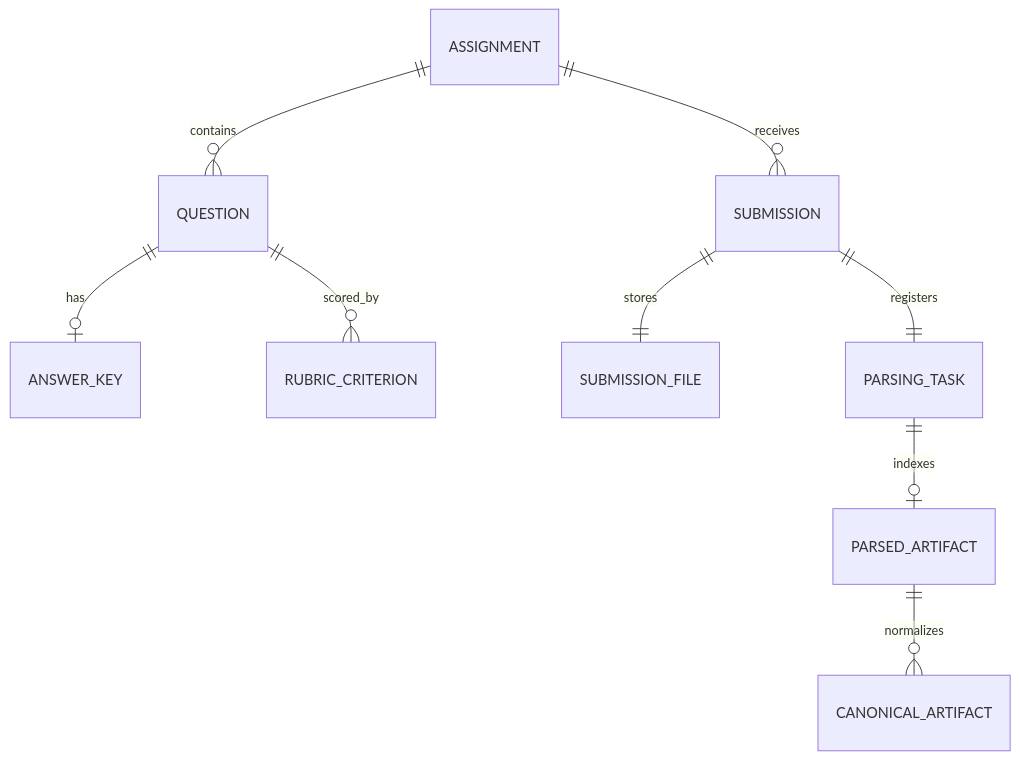
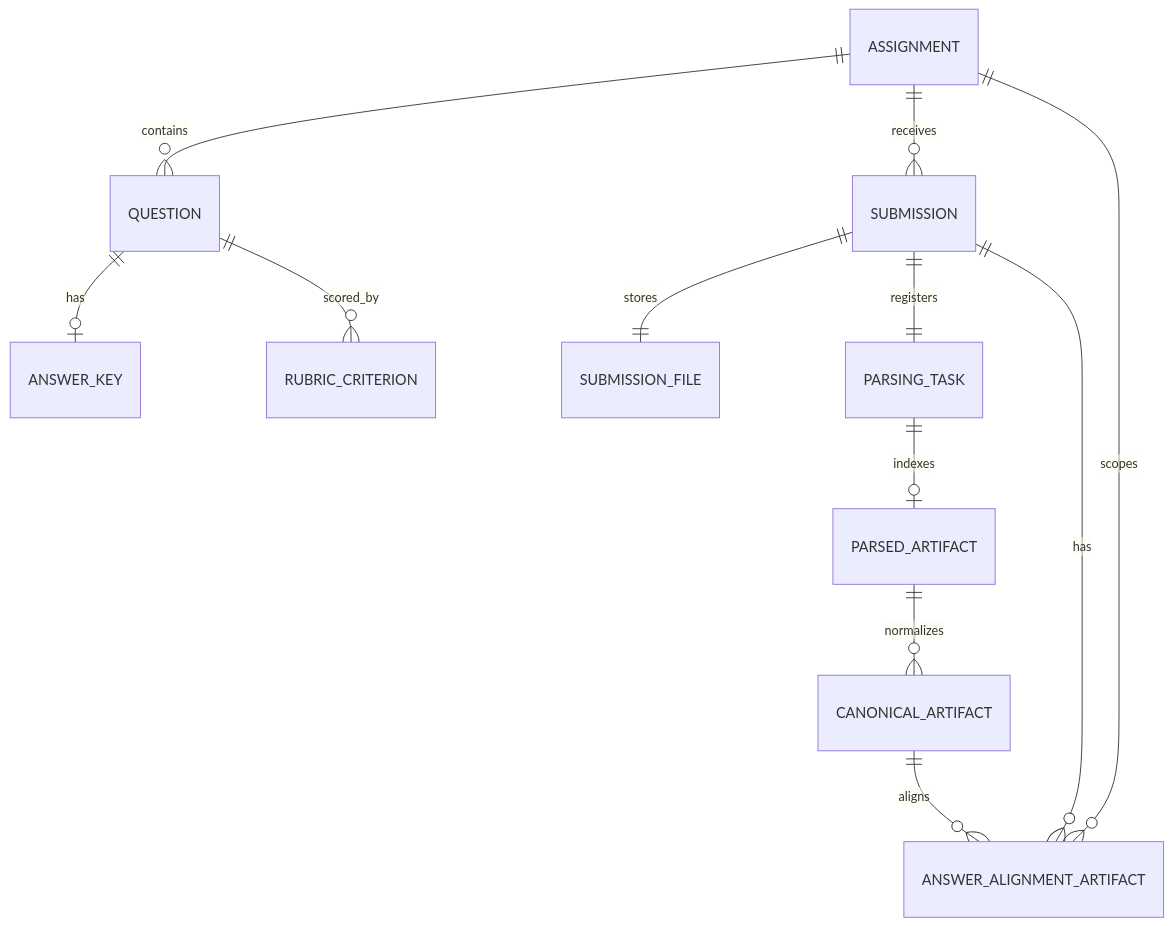
One commit to hvqo/huipi-cloud changed the diagram in docs/architecture.md. Above: the diagram before and after it, drawn with Mermaid. The commit also changed other lines of this file and 27 other files, not shown here.

````diff
--- a/docs/architecture.md
+++ b/docs/architecture.md
@@ -23,11 +24,14 @@
 ```mermaid
 erDiagram
     ASSIGNMENT ||--o{ QUESTION : contains
     QUESTION ||--o| ANSWER_KEY : has
     QUESTION ||--o{ RUBRIC_CRITERION : scored_by
     ASSIGNMENT ||--o{ SUBMISSION : receives
     SUBMISSION ||--|| SUBMISSION_FILE : stores
     SUBMISSION ||--|| PARSING_TASK : registers
     PARSING_TASK ||--o| PARSED_ARTIFACT : indexes
     PARSED_ARTIFACT ||--o{ CANONICAL_ARTIFACT : normalizes
+    SUBMISSION ||--o{ ANSWER_ALIGNMENT_ARTIFACT : has
+    ASSIGNMENT ||--o{ ANSWER_ALIGNMENT_ARTIFACT : scopes
+    CANONICAL_ARTIFACT ||--o{ ANSWER_ALIGNMENT_ARTIFACT : aligns
 ```
````
